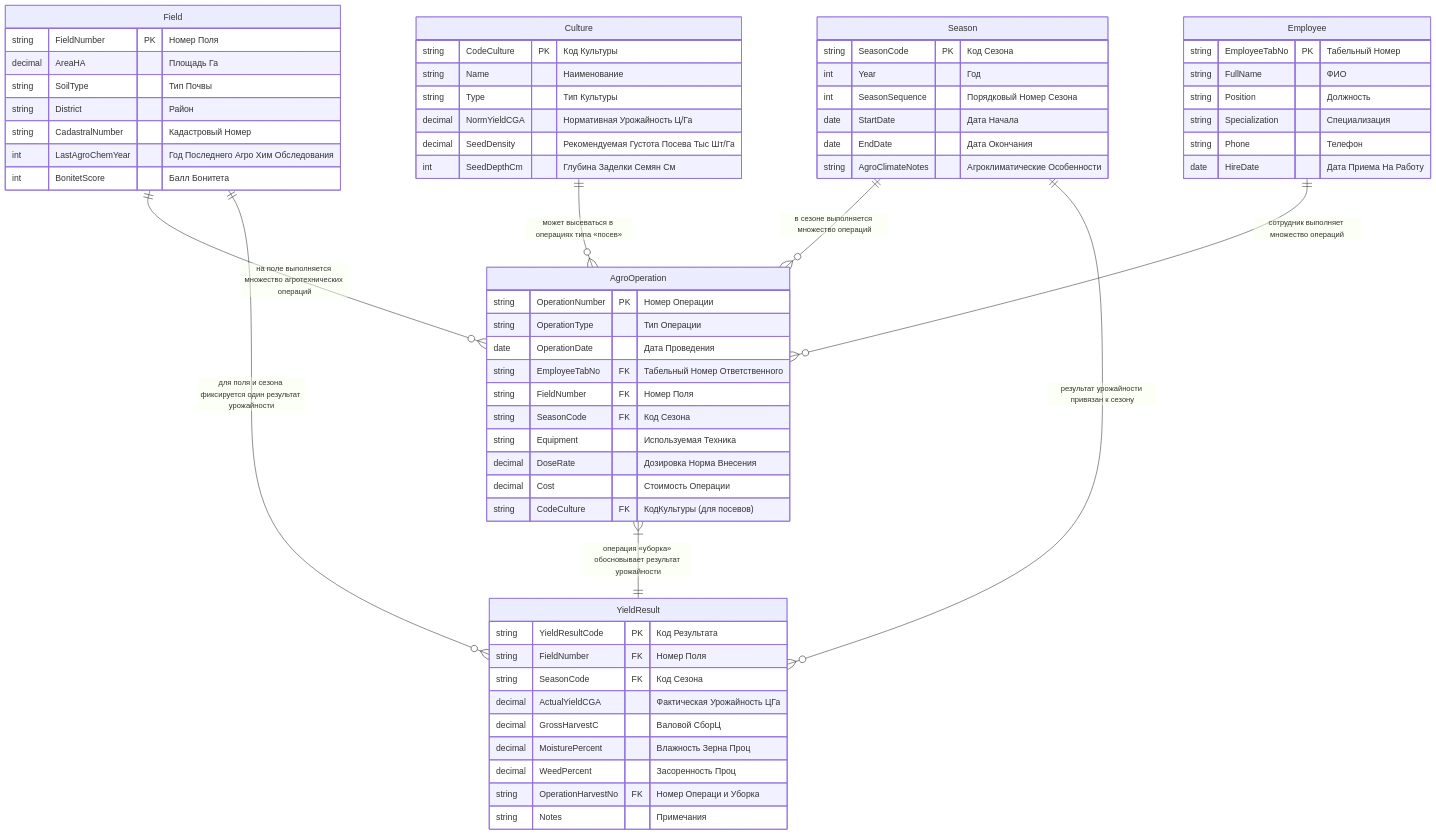
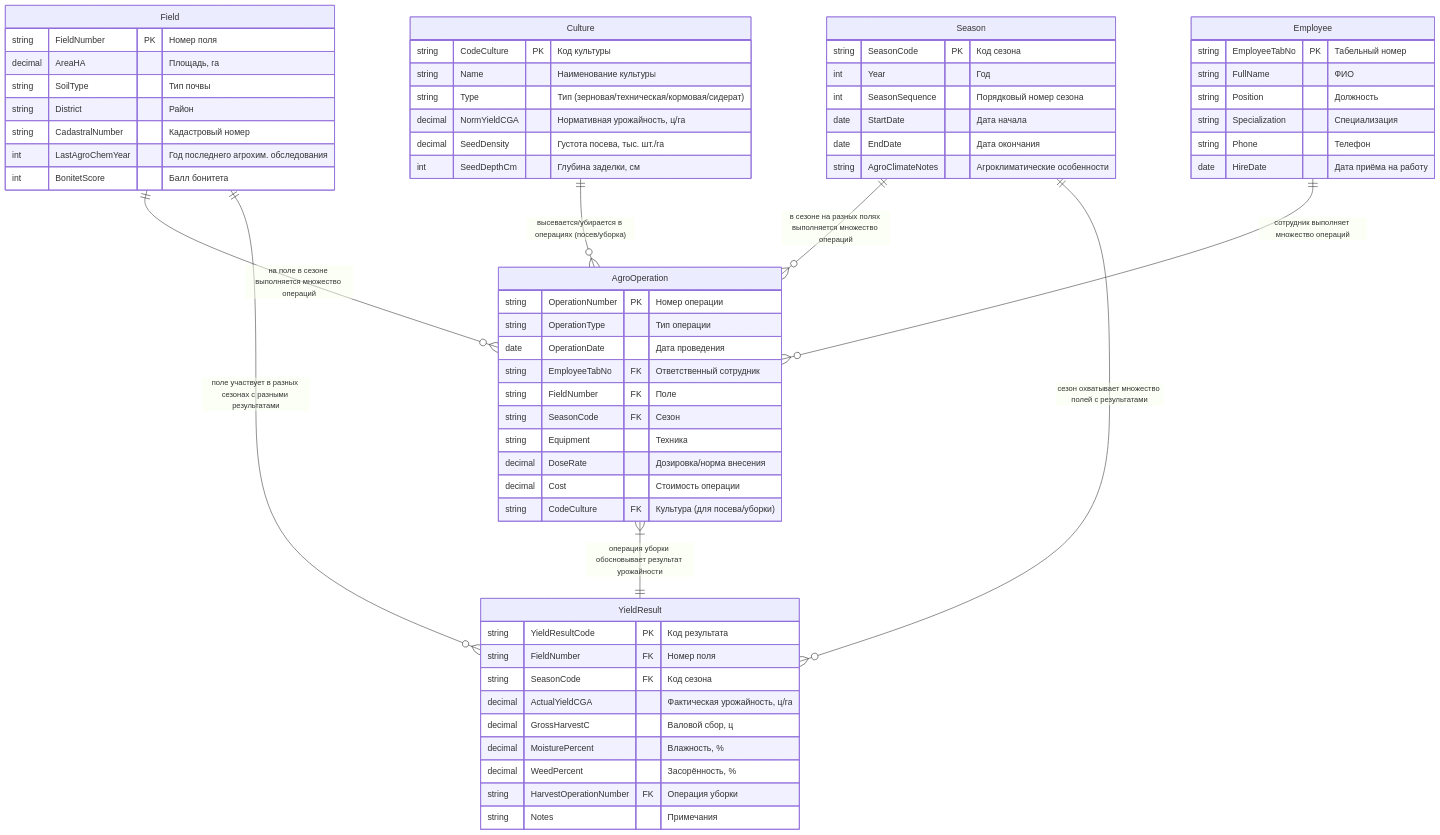
The diagram in README.md (skatiknm/w), drawn with Mermaid before and after one commit.

````diff
--- a/README.md
+++ b/README.md
@@ -1,71 +1,73 @@
 ```mermaid
 erDiagram
     Culture {
-        string CodeCulture PK "Код Культуры"
-        string Name "Наименование"
-        string Type "Тип Культуры"
-        decimal NormYieldCGA "Нормативная Урожайность Ц/Га"
-        decimal SeedDensity "Рекомендуемая Густота Посева Тыс Шт/Га"
-        int SeedDepthCm "Глубина Заделки Семян См"
-}
+        string CodeCulture PK "Код культуры"
+        string Name "Наименование культуры"
+        string Type "Тип (зерновая/техническая/кормовая/сидерат)"
+        decimal NormYieldCGA "Нормативная урожайность, ц/га"
+        decimal SeedDensity "Густота посева, тыс. шт./га"
+        int SeedDepthCm "Глубина заделки, см"
+    }
+
     Field {
-        string FieldNumber PK "Номер Поля"
-        decimal AreaHA "Площадь Га"
-        string SoilType "Тип Почвы"
+        string FieldNumber PK "Номер поля"
+        decimal AreaHA "Площадь, га"
+        string SoilType "Тип почвы"
         string District "Район"
-        string CadastralNumber "Кадастровый Номер"
-        int LastAgroChemYear "Год Последнего Агро Хим Обследования"
-        int BonitetScore "Балл Бонитета"
+        string CadastralNumber "Кадастровый номер"
+        int LastAgroChemYear "Год последнего агрохим. обследования"
+        int BonitetScore "Балл бонитета"
     }
 
     Season {
-        string SeasonCode PK "Код Сезона"
+        string SeasonCode PK "Код сезона"
         int Year "Год"
-        int SeasonSequence "Порядковый Номер Сезона"
-        date StartDate "Дата Начала"
-        date EndDate "Дата Окончания"
-        string AgroClimateNotes "Агроклиматические Особенности"
+        int SeasonSequence "Порядковый номер сезона"
+        date StartDate "Дата начала"
+        date EndDate "Дата окончания"
+        string AgroClimateNotes "Агроклиматические особенности"
     }
 
     Employee {
-        string EmployeeTabNo PK "Табельный Номер"
+        string EmployeeTabNo PK "Табельный номер"
         string FullName "ФИО"
         string Position "Должность"
         string Specialization "Специализация"
         string Phone "Телефон"
-        date HireDate "Дата Приема На Работу"
+        date HireDate "Дата приёма на работу"
     }
 
     AgroOperation {
-        string OperationNumber PK "Номер Операции"
-        string OperationType "Тип Операции"
-        date OperationDate "Дата Проведения"
-        string EmployeeTabNo FK "Табельный Номер Ответственного"
-        string FieldNumber FK "Номер Поля"
-        string SeasonCode FK "Код Сезона"
-        string Equipment "Используемая Техника"
-        decimal DoseRate "Дозировка Норма Внесения"
-        decimal Cost "Стоимость Операции"
-        string CodeCulture FK "КодКультуры (для посевов)"
+        string OperationNumber PK "Номер операции"
+        string OperationType "Тип операции"
+        date OperationDate "Дата проведения"
+        string EmployeeTabNo FK "Ответственный сотрудник"
+        string FieldNumber FK "Поле"
+        string SeasonCode FK "Сезон"
+        string Equipment "Техника"
+        decimal DoseRate "Дозировка/норма внесения"
+        decimal Cost "Стоимость операции"
+        string CodeCulture FK "Культура (для посева/уборки)"
     }
 
     YieldResult {
-        string YieldResultCode PK "Код Результата"
-        string FieldNumber FK "Номер Поля"
-        string SeasonCode FK "Код Сезона"
-        decimal ActualYieldCGA "Фактическая Урожайность ЦГа"
-        decimal GrossHarvestC "Валовой СборЦ"
-        decimal MoisturePercent "Влажность Зерна Проц"
-        decimal WeedPercent "Засоренность Проц"
-        string OperationHarvestNo FK "Номер Операци и Уборка"
+        string YieldResultCode PK "Код результата"
+        string FieldNumber FK "Номер поля"
+        string SeasonCode FK "Код сезона"
+        decimal ActualYieldCGA "Фактическая урожайность, ц/га"
+        decimal GrossHarvestC "Валовой сбор, ц"
+        decimal MoisturePercent "Влажность, %"
+        decimal WeedPercent "Засорённость, %"
+        string HarvestOperationNumber FK "Операция уборки"
         string Notes "Примечания"
     }
 
-    Culture ||--o{ AgroOperation : "может высеваться в операциях типа «посев»"
-    Field ||--o{ AgroOperation : "на поле выполняется множество агротехнических операций"
-    Season ||--o{ AgroOperation : "в сезоне выполняется множество операций"
+    %% Связи
+    Culture ||--o{ AgroOperation : "высевается/убирается в операциях (посев/уборка)"
+    Field ||--o{ AgroOperation : "на поле в сезоне выполняется множество операций"
+    Season ||--o{ AgroOperation : "в сезоне на разных полях выполняется множество операций"
     Employee ||--o{ AgroOperation : "сотрудник выполняет множество операций"
-    Field ||--o{ YieldResult : "для поля и сезона фиксируется один результат урожайности"
-    Season ||--o{ YieldResult : "результат урожайности привязан к сезону"
-    AgroOperation }|--|| YieldResult : "операция «уборка» обосновывает результат урожайности"
+    Field ||--o{ YieldResult : "поле участвует в разных сезонах с разными результатами"
+    Season ||--o{ YieldResult : "сезон охватывает множество полей с результатами"
+    AgroOperation }|--|| YieldResult : "операция уборки обосновывает результат урожайности"
 ```
````
